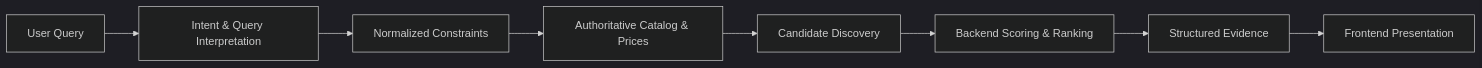
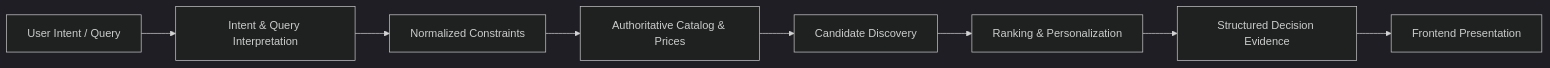
The first of 2 diagrams in README.md (jadhavaayush611/Price-Pilot), drawn with Mermaid (dark theme) before and after one commit. The commit also changed other lines of this file and 1 other file, not shown here.

````diff
--- a/README.md
+++ b/README.md
@@ -138,10 +81,10 @@
 ```mermaid
 flowchart LR
-    A["User Query"] --> B["Intent & Query Interpretation"]
+    A["User Intent / Query"] --> B["Intent & Query Interpretation"]
     B --> C["Normalized Constraints"]
     C --> D["Authoritative Catalog & Prices"]
     D --> E["Candidate Discovery"]
-    E --> F["Backend Scoring & Ranking"]
-    F --> G["Structured Evidence"]
+    E --> F["Ranking & Personalization"]
+    F --> G["Structured Decision Evidence"]
     G --> H["Frontend Presentation"]
 ```
````
